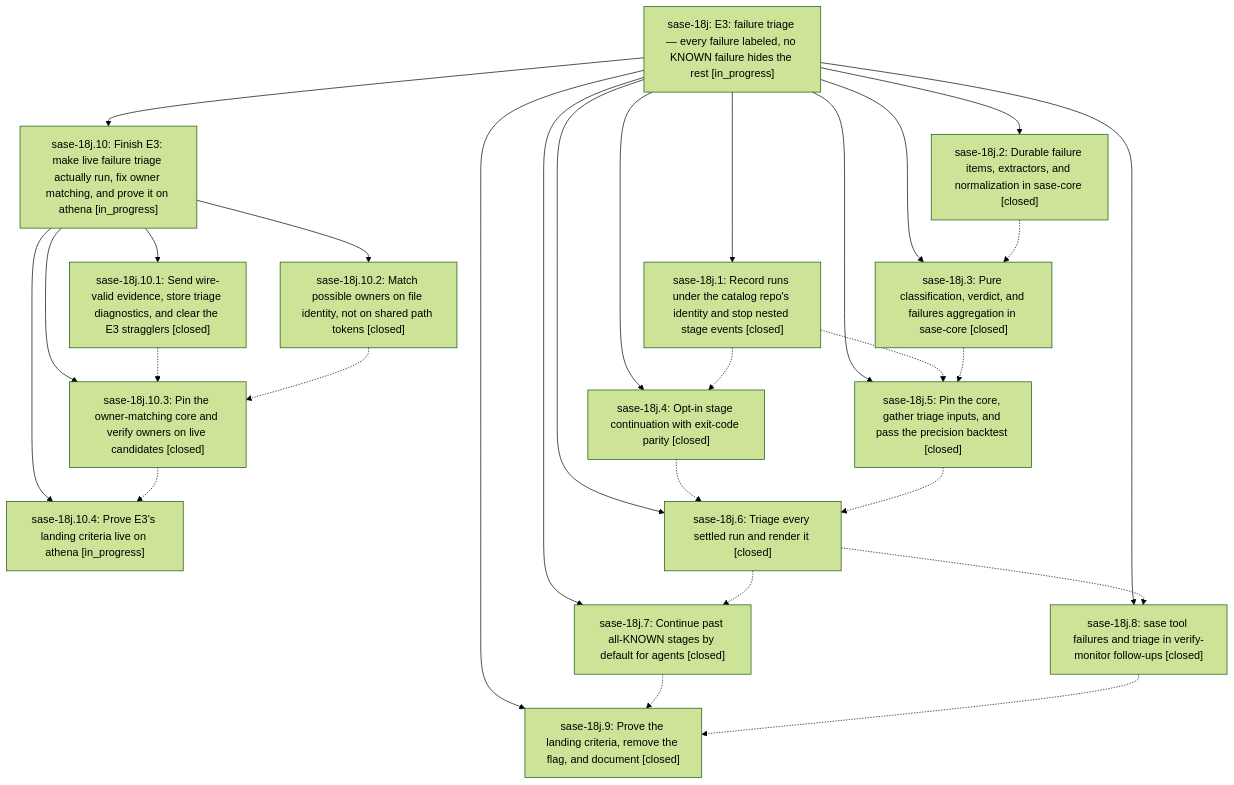
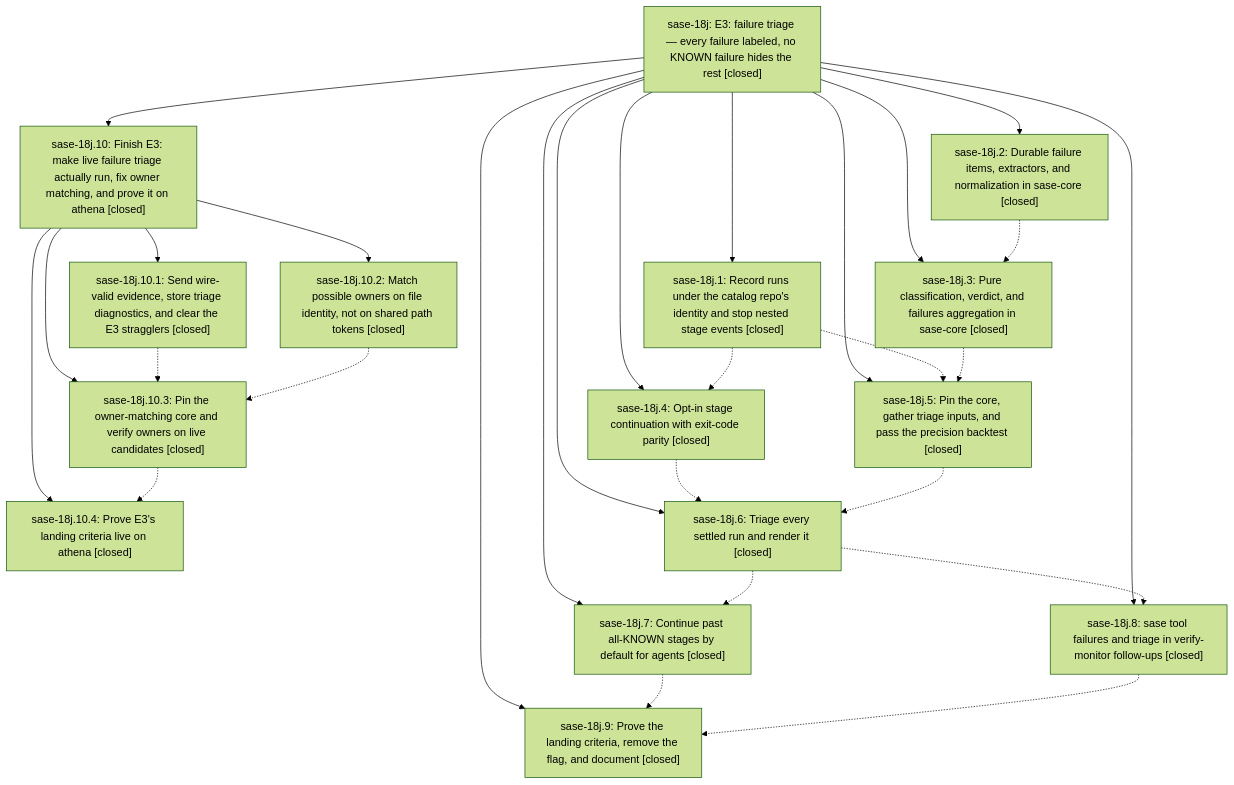
The diagram in pages/sase-18j/README.md (sase-org/sase--beads), drawn with Mermaid (forest theme) before and after one commit. The commit also changed other lines of this file and 5 other files, not shown here.

````diff
--- a/pages/sase-18j/README.md
+++ b/pages/sase-18j/README.md
@@ -80,45 +105,45 @@
 ```mermaid
 flowchart TD
-    n0["sase-18j: E3: failure triage — every failure labeled, no KNOWN failure hides the rest [in_progress]"]
+    n0["sase-18j: E3: failure triage — every failure labeled, no KNOWN failure hides the rest [closed]"]
     n1["sase-18j.1: Record runs under the catalog repo's identity and stop nested stage events [closed]"]
-    n2["sase-18j.10: Finish E3: make live failure triage actually run, fix owner matching, and prove it on athena [in_progress]"]
+    n2["sase-18j.10: Finish E3: make live failure triage actually run, fix owner matching, and prove it on athena [closed]"]
     n3["sase-18j.10.1: Send wire-valid evidence, store triage diagnostics, and clear the E3 stragglers [closed]"]
     n4["sase-18j.10.2: Match possible owners on file identity, not on shared path tokens [closed]"]
     n5["sase-18j.10.3: Pin the owner-matching core and verify owners on live candidates [closed]"]
-    n6["sase-18j.10.4: Prove E3's landing criteria live on athena [in_progress]"]
+    n6["sase-18j.10.4: Prove E3's landing criteria live on athena [closed]"]
     n7["sase-18j.2: Durable failure items, extractors, and normalization in sase-core [closed]"]
     n8["sase-18j.3: Pure classification, verdict, and failures aggregation in sase-core [closed]"]
     n9["sase-18j.4: Opt-in stage continuation with exit-code parity [closed]"]
     n10["sase-18j.5: Pin the core, gather triage inputs, and pass the precision backtest [closed]"]
     n11["sase-18j.6: Triage every settled run and render it [closed]"]
     n12["sase-18j.7: Continue past all-KNOWN stages by default for agents [closed]"]
     n13["sase-18j.8: sase tool failures and triage in verify-monitor follow-ups [closed]"]
     n14["sase-18j.9: Prove the landing criteria, remove the flag, and document [closed]"]
     n0 --> n1
     n0 --> n2
     n2 --> n3
     n2 --> n4
     n2 --> n5
     n2 --> n6
     n0 --> n7
     n0 --> n8
     n0 --> n9
     n0 --> n10
     n0 --> n11
     n0 --> n12
     n0 --> n13
     n0 --> n14
     n1 -.-> n9
     n1 -.-> n10
     n3 -.-> n5
     n4 -.-> n5
     n5 -.-> n6
     n7 -.-> n8
     n8 -.-> n10
     n9 -.-> n11
     n10 -.-> n11
     n11 -.-> n12
     n11 -.-> n13
     n12 -.-> n14
     n13 -.-> n14
 ```
````
